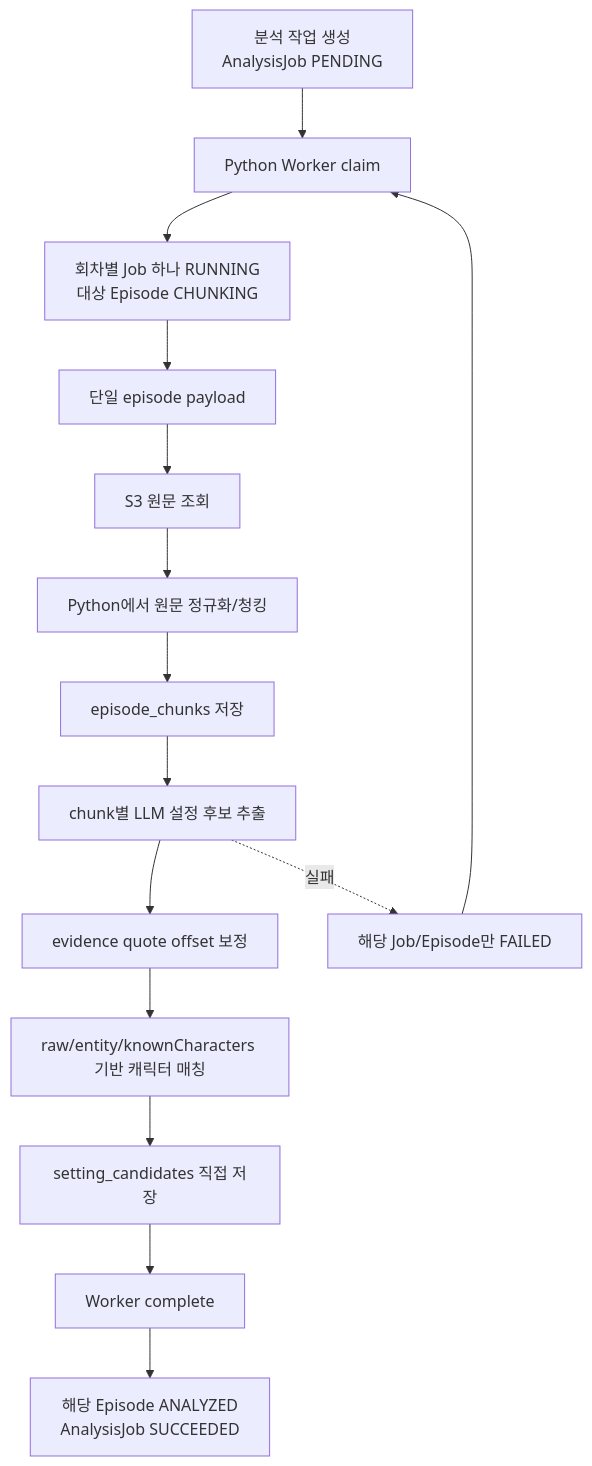
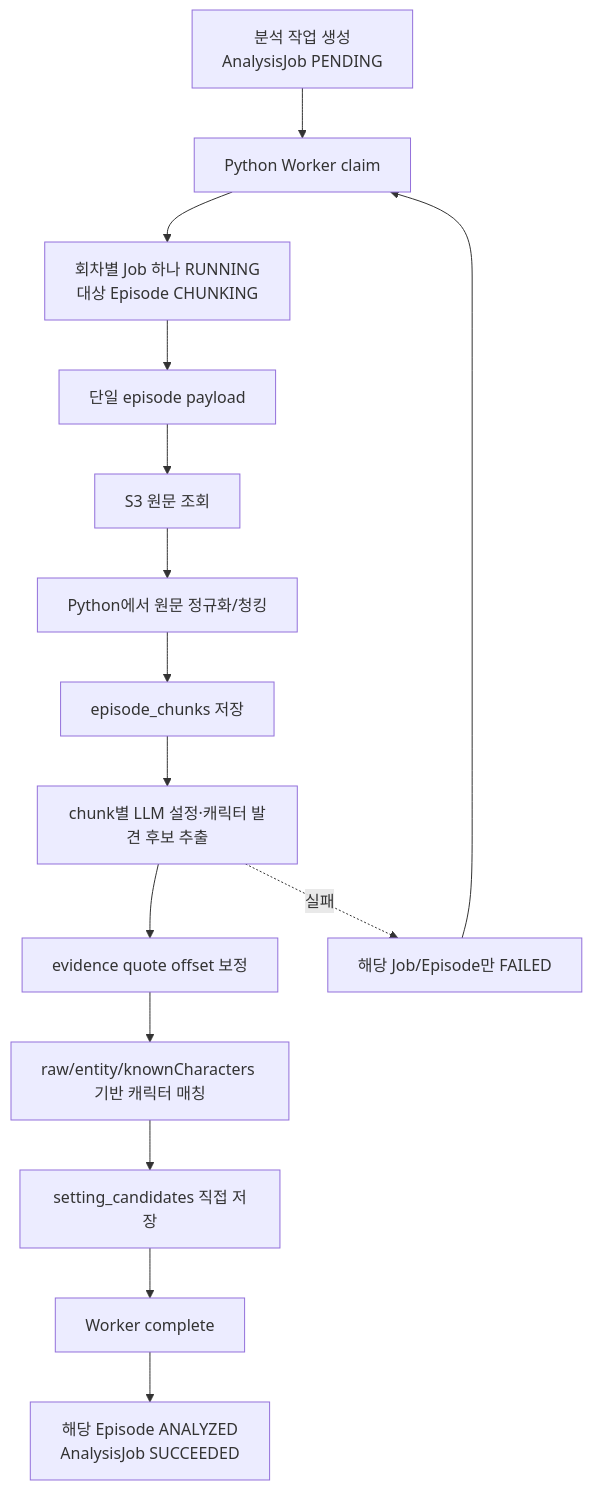
Before and after one commit to catchhole-soma/catchhole-backend-java: the second of 11 diagrams in docs/analysis-workflow.md, drawn with Mermaid. The commit also changed other lines of this file and 4 other files, not shown here.

````diff
--- a/docs/analysis-workflow.md
+++ b/docs/analysis-workflow.md
@@ -32,17 +32,17 @@
 ```mermaid
 flowchart TD
     A["분석 작업 생성<br/>AnalysisJob PENDING"] --> B["Python Worker claim"]
     B --> C["회차별 Job 하나 RUNNING<br/>대상 Episode CHUNKING"]
     C --> D["단일 episode payload"]
     D --> E["S3 원문 조회"]
     E --> F["Python에서 원문 정규화/청킹"]
     F --> G["episode_chunks 저장"]
-    G --> H["chunk별 LLM 설정 후보 추출"]
+    G --> H["chunk별 LLM 설정·캐릭터 발견 후보 추출"]
     H --> I["evidence quote offset 보정"]
     I --> J["raw/entity/knownCharacters 기반 캐릭터 매칭"]
     J --> K["setting_candidates 직접 저장"]
     K --> L["Worker complete"]
     L --> M["해당 Episode ANALYZED<br/>AnalysisJob SUCCEEDED"]
     H -. "실패" .-> X["해당 Job/Episode만 FAILED"]
     X --> B
 ```
````
